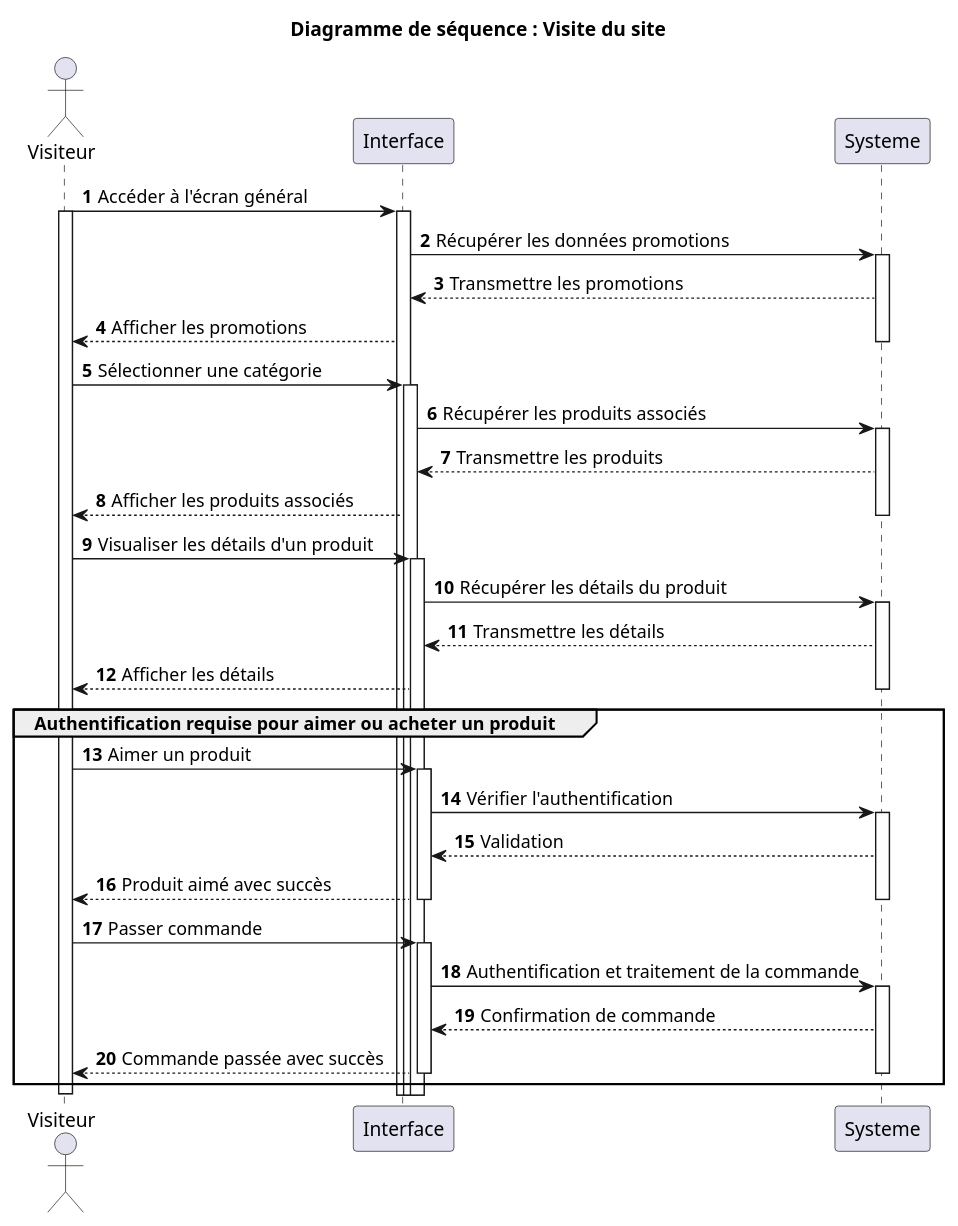
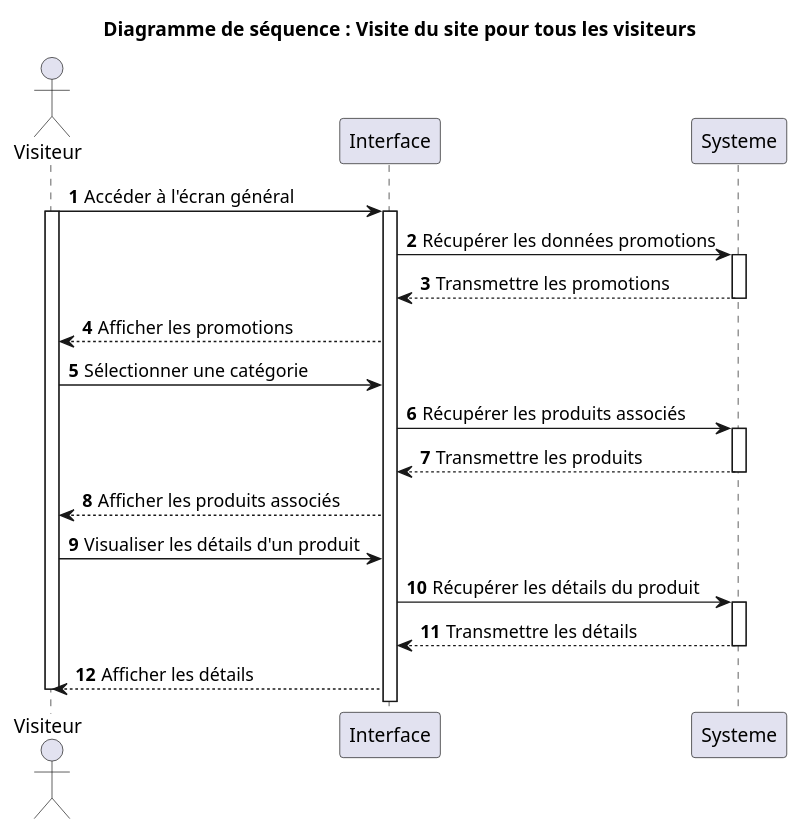
Before and after one commit to MehediT/BoutiqueLigneAudiovisuels: the diagram in Sequence/SiteVisite_Visitor.puml, drawn with PlantUML. The commit also changed 1 other file, not shown here.

Commit message:
Site visite

```diff
--- a/Sequence/SiteVisite_Visitor.puml
+++ b/Sequence/SiteVisite_Visitor.puml
@@ -1,57 +1,34 @@
 @startuml
-actor Visiteur as User
+actor Visiteur as Visitor
 
 autonumber
 
-title Diagramme de séquence : Visite du site
+title Diagramme de séquence : Visite du site pour tous les visiteurs
 
-User -> Interface : Accéder à l'écran général
-activate User
+Visitor -> Interface : Accéder à l'écran général
+activate Visitor
 activate Interface
 Interface -> Systeme : Récupérer les données promotions
 activate Systeme
 Systeme --> Interface : Transmettre les promotions
-Interface --> User : Afficher les promotions
-
 deactivate Systeme
 
-User -> Interface : Sélectionner une catégorie
-activate Interface
+Interface --> Visitor : Afficher les promotions
+
+
+Visitor -> Interface : Sélectionner une catégorie
 Interface -> Systeme : Récupérer les produits associés
 activate Systeme
 Systeme --> Interface : Transmettre les produits
-Interface --> User : Afficher les produits associés
-
 deactivate Systeme
 
-User -> Interface : Visualiser les détails d'un produit
-activate Interface
+Interface --> Visitor : Afficher les produits associés
+Visitor -> Interface : Visualiser les détails d'un produit
 Interface -> Systeme : Récupérer les détails du produit
 activate Systeme
 Systeme --> Interface : Transmettre les détails
-Interface --> User : Afficher les détails
+deactivate Systeme
+Interface --> Visitor : Afficher les détails
 
-deactivate Systeme
-
-group Authentification requise pour aimer ou acheter un produit
-    User -> Interface : Aimer un produit
-    activate Interface
-    Interface -> Systeme : Vérifier l'authentification
-    activate Systeme
-    Systeme --> Interface : Validation
-    Interface --> User : Produit aimé avec succès
-    deactivate Systeme
-    deactivate Interface
-
-    User -> Interface : Passer commande
-    activate Interface
-    Interface -> Systeme : Authentification et traitement de la commande
-    activate Systeme
-    Systeme --> Interface : Confirmation de commande
-    Interface --> User : Commande passée avec succès
-    deactivate Systeme
-    deactivate Interface
-end
-
-deactivate User
+deactivate Visitor
 @enduml
```
